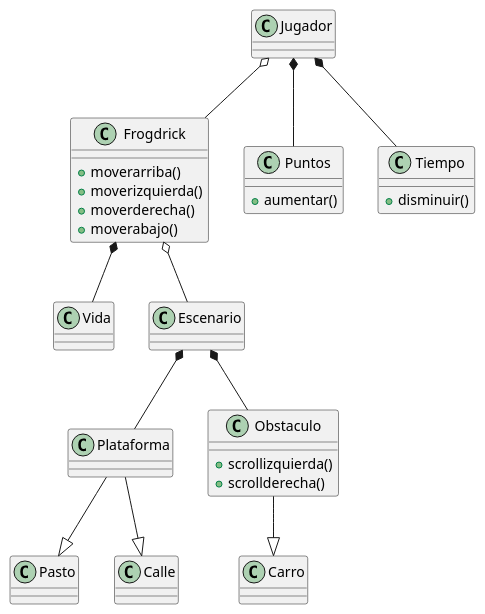
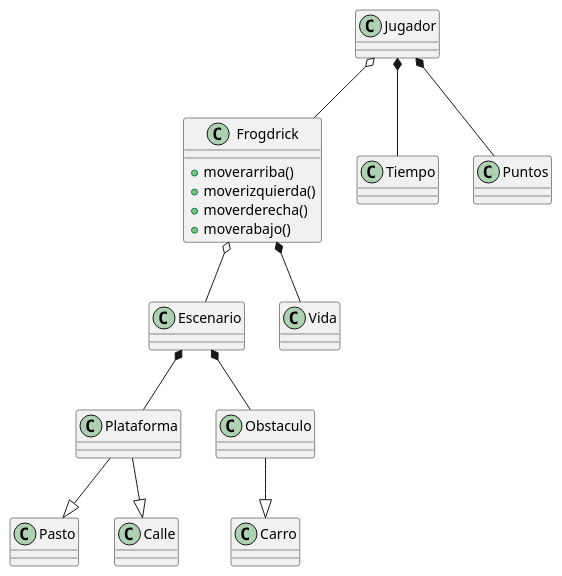
Before and after one commit to Jose-Delgadillo/Frogger-Juego: the diagram in docs/Diagrama_Frogger.puml, drawn with PlantUML. The commit also changed 7 other files, not shown here.

```diff
--- a/docs/Diagrama_Frogger.puml
+++ b/docs/Diagrama_Frogger.puml
@@ -1,36 +1,27 @@
 @startuml
 class Frogdrick{
 +moverarriba()
 +moverizquierda()
 +moverderecha()
 +moverabajo()
 }
 class Jugador
 class Carro
 class Plataforma
 class Pasto
 class Calle
-class Puntos{
-+aumentar()
-}
-class Tiempo{
-+disminuir()
-}
-class Vida
 class Escenario
-class Obstaculo{
-+scrollizquierda()
-+scrollderecha()
-}
+class Obstaculo
+
 
 Frogdrick *-- Vida
 Jugador o-- Frogdrick
 Jugador *-- Tiempo
 Jugador *-- Puntos
 Escenario *-- Plataforma
 Escenario *-- Obstaculo
 Obstaculo --|> Carro
 Plataforma --|> Pasto
 Plataforma --|> Calle
 Frogdrick o-- Escenario
 @enduml
```
